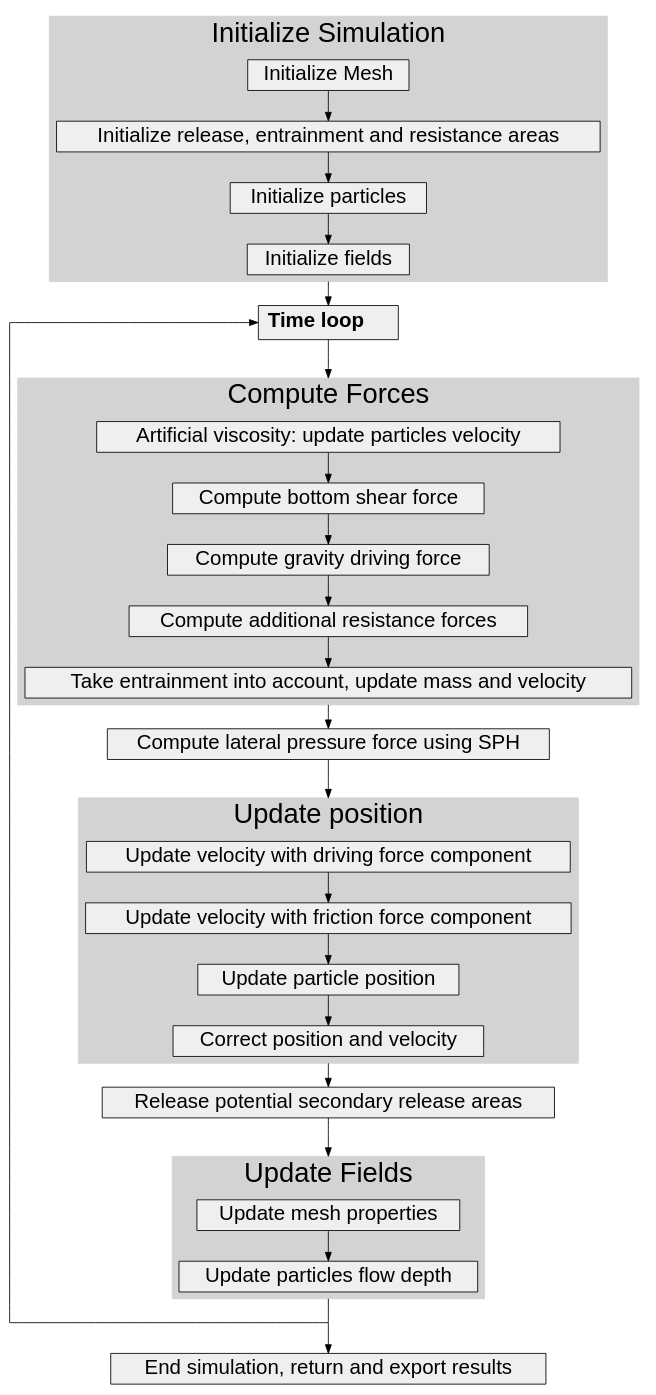
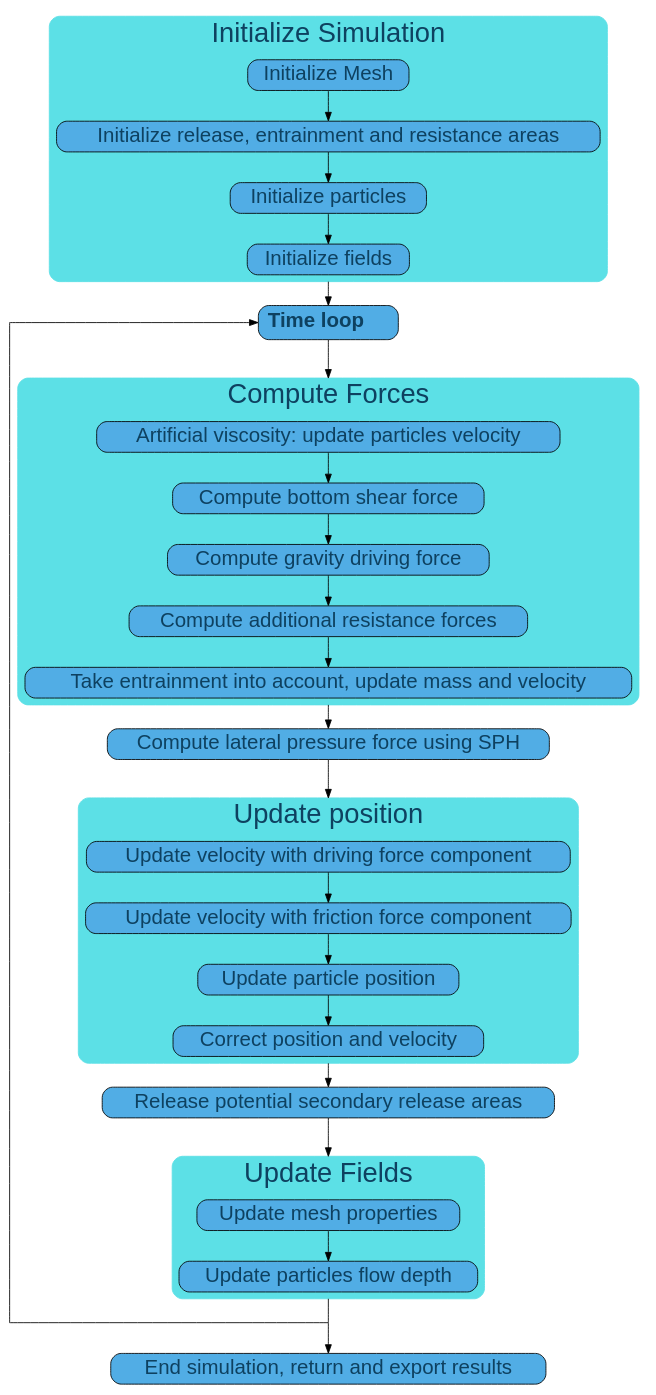
One commit to avaframe/AvaFrame changed the diagram in docs/com1DFAAlgorithmGraph.dot. Above: the diagram before and after it, drawn with Graphviz. The commit also changed 1 other file, not shown here.

Commit message:
graph colors and css

```diff
--- a/docs/com1DFAAlgorithmGraph.dot
+++ b/docs/com1DFAAlgorithmGraph.dot
@@ -1,137 +1,137 @@
 
 digraph "com1DFA algorithm graph" {
   /* compound=true; */
   newrank=true;
   size="100,100";
   rankdir="TB";
-  graph [compound=true, ranksep=0.5, splines=ortho, fontname="helvetica", fontsize="32"];
-  node [shape=box, style=filled, fontsize=24 fontname="helvetica" fillcolor="#efefef"];
+  graph [compound=true, ranksep=0.5, splines=ortho, fontname="helvetica", fontsize="32" fontcolor="#0E4160"];
+  node [shape=box style="rounded,filled" fontsize=24 fontcolor="#0E4160" fontname="helvetica" fillcolor="#51ADE5"];
   edge [fontname="helvetica", fontsize="18"];
 
   prepareMesh [label="Initialize Mesh", href="../com1DFAAlgorithm.html#initialize-mesh" tooltip="Go to: initialize mesh" target="_top"];
 
   prepareAreas [label= "Initialize release, entrainment and resistance areas",
   href="../com1DFAAlgorithm.html#initialize-release-entrainment-and-resistance-areas" tooltip="Go to: release... initialization" target="_top"];
 
   initializeParticles [label="Initialize particles", href="../com1DFAAlgorithm.html#initialize-particles" tooltip="Go to: particle initialization" target="_top"];
 
   initializeFields [label="Initialize fields", href="../com1DFAAlgorithm.html#initialize-fields" tooltip="Go to: Initialize fields" target="_top"];
 
   timeLoop [label=<
     <table border="0" cellborder="0" cellspacing="1">
      <tr><td align="left"><b>Time loop </b></td></tr>
     </table>>, href="../com1DFAAlgorithm.html#time-scheme-and-iterations" tooltip="Go to: Time scheme" target="_top"];
 
   endTimeLoop [width=0 shape=point label=""];
   intermediate0 [width=0 shape=point label=""];
   intermediate1 [width=0 shape=point label=""];
   intermediate2 [width=0 shape=point label=""];
 
 
   artifViscosity [label="Artificial viscosity: update particles velocity",
   href="../com1DFAAlgorithm.html#artificial-viscosity" tooltip="Go to: Artificial viscosity" target="_top"];
 
   computeFrictForce [label="Compute bottom shear force",
   href="../theoryCom1DFA.html#compute-friction-forces"];
 
   computeGravityForce [label="Compute gravity driving force",
   href="../com1DFAAlgorithm.html#compute-body-driving-force" tooltip="Go to: Gravity force" target="_top"];
 
   computeResForce [label="Compute additional resistance forces",
   href="../com1DFAAlgorithm.html#added-resistance-force" tooltip="Go to: Additional resistance" target="_top"];
 
   updateMassEntr [label="Take entrainment into account, update mass and velocity",
   href="../com1DFAAlgorithm.html#take-entrainment-into-account" tooltip="Go to: Add entrained mass" target="_top"];
 
   computeSPHForce [label="Compute lateral pressure force using SPH",
   href="../DFAnumerics.html#sph-gradient" title="Go to: Add lateral pressure force" target="_top"];
 
   updateVelocityDrive [label="Update velocity with driving force component",
   href="../com1DFAAlgorithm.html#update-position" tooltip="Go to: Update Position" target="_top"];
 
   updateVelocityFrict [label="Update velocity with friction force component",
   href="../com1DFAAlgorithm.html#update-position" tooltip="Go to: Update Position" target="_top"];
 
   updatePartPos [label="Update particle position",
   href="../com1DFAAlgorithm.html#update-position" tooltip="Go to: Update Position" target="_top"];
 
   correctPartPos [label="Correct position and velocity",
   href="../com1DFAAlgorithm.html#update-position" tooltip="Go to: Update Position" target="_top"];
 
   addSecRelease [label="Release potential secondary release areas",
   href="../com1DFAAlgorithm.html#add-secondary-release-area" tooltip="Go to: Secondary release" target="_top"];
 
   updateFields [label="Update mesh properties",
   href="../com1DFAAlgorithm.html#update-fields" tooltip="Go to: Update fields" target="_top"];
 
   updateParticlesFlowDepth [label="Update particles flow depth",
   href="../com1DFAAlgorithm.html#update-fields" tooltip="Go to: Update fields" target="_top"];
 
   endSimulation [label="End simulation, return and export results",
   href="../com1DFAAlgorithm.html#simulation-outputs" tooltip="Go to: Simulation outputs" target="_top"];
 
 
   initializeFields -> timeLoop [weight=10,ltail=cluster_initialization];
   timeLoop -> intermediate0 [weight=10, arrowhead=none];
   intermediate0 -> artifViscosity [weight=10,lhead=cluster_Forces];
   updateMassEntr -> computeSPHForce [weight=10, ltail=cluster_Forces];
   computeSPHForce -> intermediate1 [weight=10, arrowhead=none];
   intermediate1 -> updateVelocityDrive [weight=10,lhead=cluster_2];
   correctPartPos -> addSecRelease [weight=10,ltail=cluster_2];
   addSecRelease -> intermediate2 [weight=10, arrowhead=none];
   intermediate2 -> updateFields [weight=10,lhead=cluster_3];
   updateParticlesFlowDepth -> endTimeLoop [weight=10,ltail=cluster_3, arrowhead=none];
   endTimeLoop -> endSimulation [weight=10];
   endTimeLoop -> timeLoop [weight=1, constraint=false];
 
 
   /* prepareMesh -> timeLoop [weight=10,ltail=cluster_initialization];
   timeLoop -> artifViscosity [weight=10,lhead=cluster_Forces];
   artifViscosity -> computeSPHForce [weight=10, ltail=cluster_Forces];
   computeSPHForce -> updateVelocityDrive [weight=10,lhead=cluster_2];
   updateVelocityDrive -> addSecRelease [weight=10,ltail=cluster_2];
   addSecRelease -> updateFields [weight=10,lhead=cluster_3];
   updateFields -> endTimeLoop [weight=10,ltail=cluster_3, arrowhead=none];
   endTimeLoop -> endSimulation [weight=10];
   endTimeLoop -> timeLoop [weight=1, constraint=false]; */
 
   subgraph cluster_initialization {
     /* rank=same; */
-    style=filled;
-    color=lightgrey;
+    style="rounded,filled";
+    color="#5CE0E6";
     prepareMesh -> prepareAreas[weight=10];
     prepareAreas -> initializeParticles[weight=10];
     initializeParticles -> initializeFields[weight=10];
     label = "Initialize Simulation";
   }
 
   subgraph cluster_Forces {
     /* rank=same; */
-    style=filled;
-    color=lightgrey;
+    style="rounded,filled";
+    color="#5CE0E6";
     artifViscosity -> computeFrictForce[weight=10];
     computeFrictForce -> computeGravityForce[weight=10];
     computeGravityForce -> computeResForce[weight=10];
     computeResForce -> updateMassEntr[weight=10];
     label = "Compute Forces";
   }
 
   subgraph cluster_2 {
     /* rank=same; */
     updateVelocityDrive -> updateVelocityFrict [weight=10];
     updateVelocityFrict -> updatePartPos [weight=10];
     updatePartPos -> correctPartPos [weight=10];
     href="../com1DFAAlgorithm.html#update-position" tooltip="Go to: Update Position" target="_top"
     label = "Update position";
-    style=filled;
-    color=lightgrey;
+    style="rounded,filled";
+    color="#5CE0E6";
   }
   subgraph cluster_3 {
     /* rank=same; */
     updateFields -> updateParticlesFlowDepth [weight=10];
     label = "Update Fields";
-    style=filled;
-    color=lightgrey;
+    style="rounded,filled";
+    color="#5CE0E6";
   }
 
    }
```
